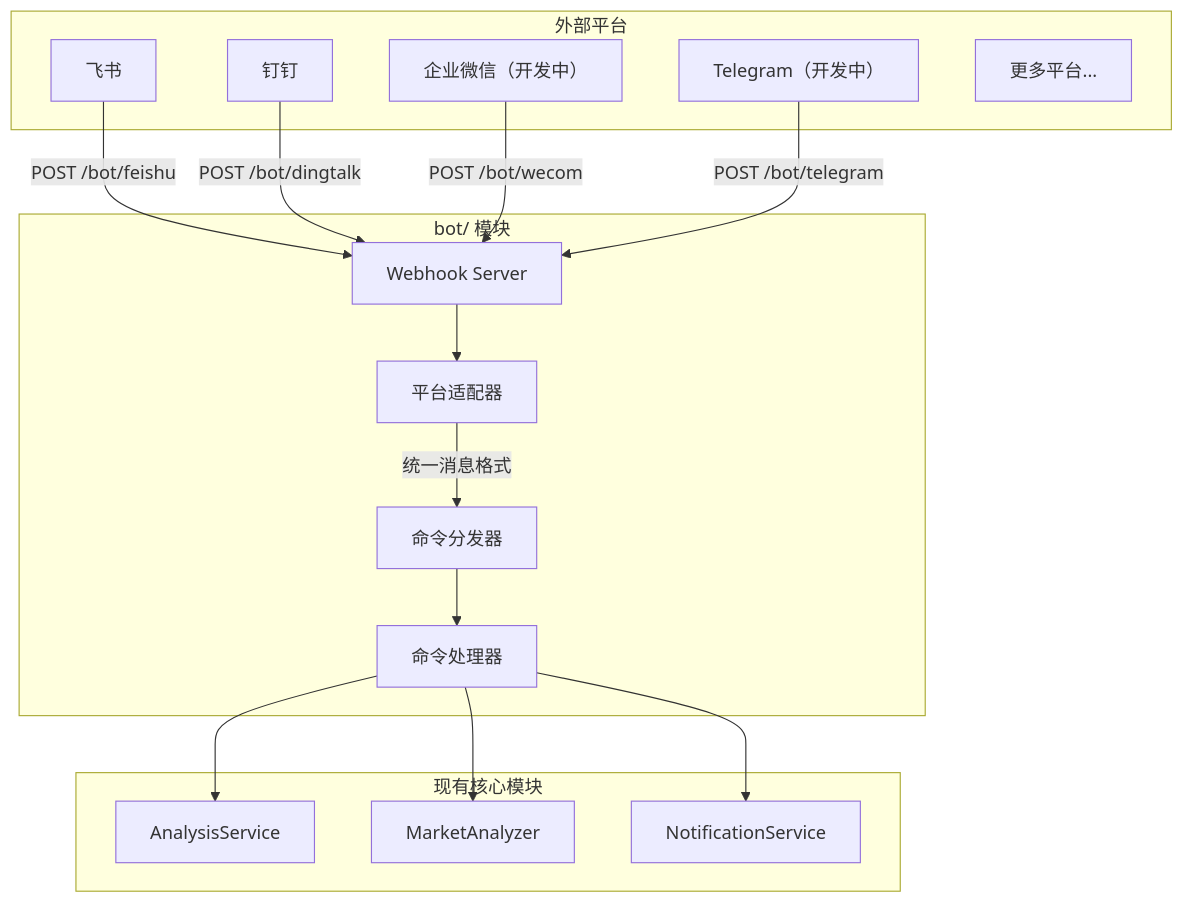
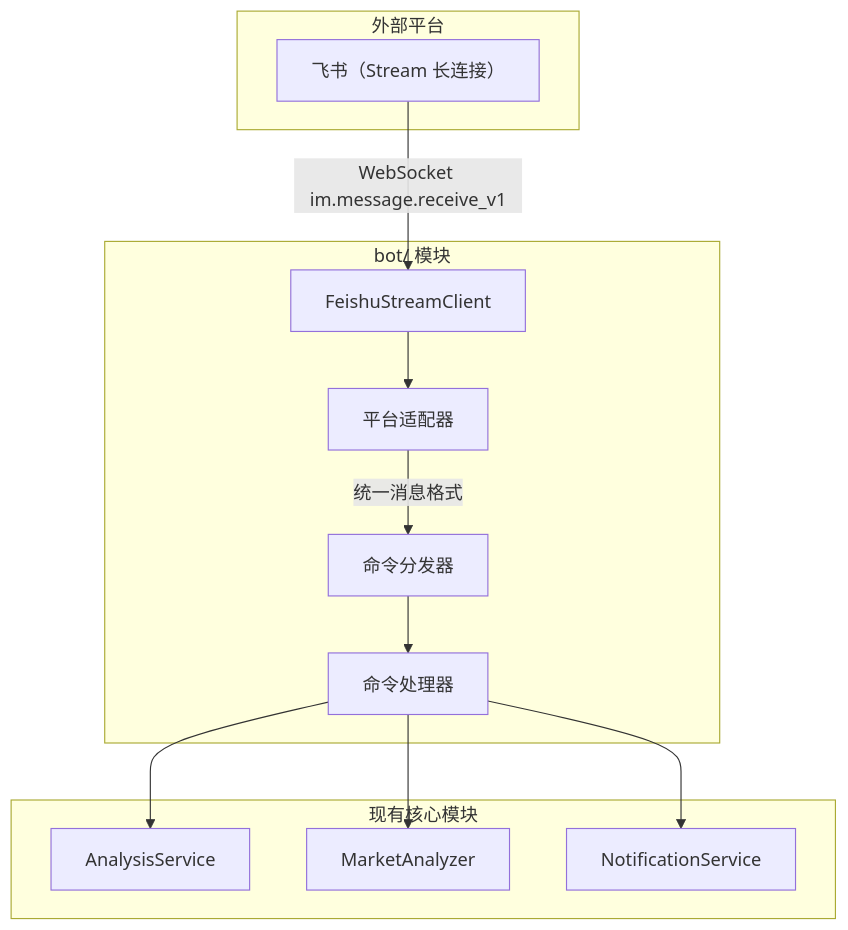
The diagram in daily_stock_analysis/docs/bot-command.md (aid64/daily_stock_analysis), drawn with Mermaid before and after one commit. The commit also changed other lines of this file and 3 other files, not shown here.

Commit message:
docs: U5 batch 1 - feishu-only notifications rewrite, bot-command cleanup, orphan removal

````diff
--- a/daily_stock_analysis/docs/bot-command.md
+++ b/daily_stock_analysis/docs/bot-command.md
@@ -5,35 +5,27 @@
 ```mermaid
 flowchart TB
     subgraph Platforms [外部平台]
-        FS[飞书]
-        DT[钉钉]
-        WC[企业微信（开发中）]
-        TG[Telegram（开发中）]
-        More[更多平台...]
+        FS[飞书（Stream 长连接）]
     end
 
     subgraph BotModule [bot/ 模块]
-        WH[Webhook Server]
+        Stream[FeishuStreamClient]
         Adapters[平台适配器]
         Dispatcher[命令分发器]
         Commands[命令处理器]
     end
 
     subgraph Core [现有核心模块]
         AS[AnalysisService]
         MA[MarketAnalyzer]
         NS[NotificationService]
     end
 
-    FS -->|POST /bot/feishu| WH
-    DT -->|POST /bot/dingtalk| WH
-    WC -->|POST /bot/wecom| WH
-    TG -->|POST /bot/telegram| WH
-
-    WH --> Adapters
+    FS -->|WebSocket im.message.receive_v1| Stream
+    Stream --> Adapters
     Adapters -->|统一消息格式| Dispatcher
     Dispatcher --> Commands
     Commands --> AS
     Commands --> MA
     Commands --> NS
 ```
````
